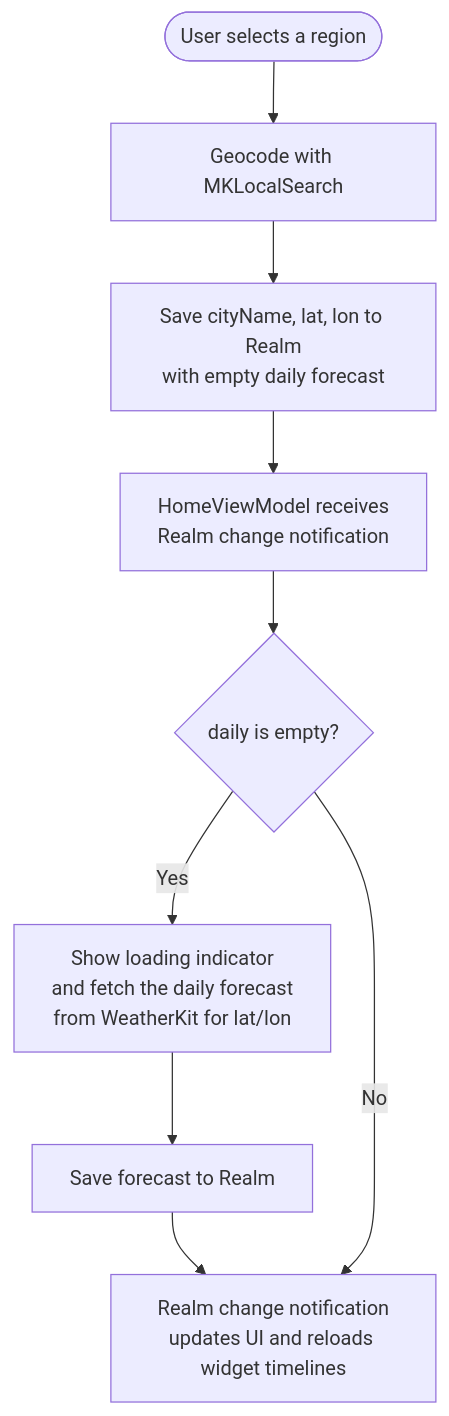
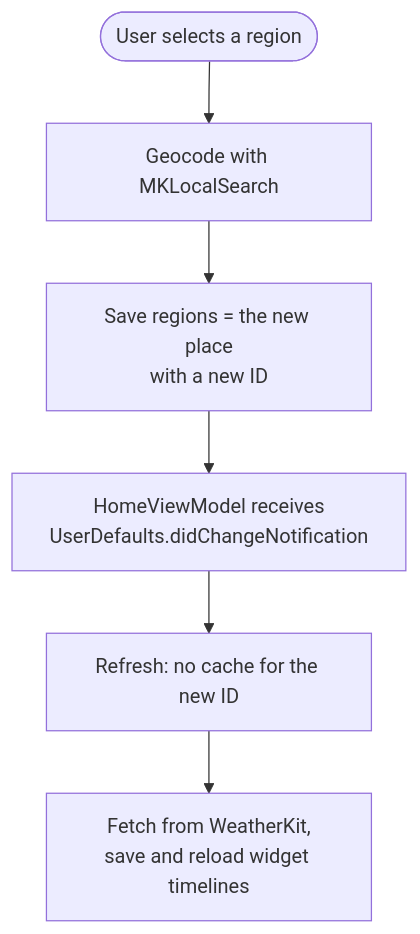
The second of 3 diagrams in docs/architecture/weather-fetch-flow.md (naipaka/NextSunnyDay-iOS), drawn with Mermaid before and after one commit. The commit also changed other lines of this file and 4 other files, not shown here.

````diff
--- a/docs/architecture/weather-fetch-flow.md
+++ b/docs/architecture/weather-fetch-flow.md
@@ -29,11 +40,8 @@
 ```mermaid
 flowchart TD
     A([User selects a region]) --> B[Geocode with MKLocalSearch]
-    B --> C[Save cityName, lat, lon to Realm<br/>with empty daily forecast]
-    C --> D[HomeViewModel receives<br/>Realm change notification]
-    D --> E{daily is empty?}
-    E -- Yes --> F[Show loading indicator<br/>and fetch the daily forecast<br/>from WeatherKit for lat/lon]
-    F --> G[Save forecast to Realm]
-    G --> H[Realm change notification<br/>updates UI and reloads widget timelines]
-    E -- No --> H
+    B --> C[Save regions = the new place<br/>with a new ID]
+    C --> D[HomeViewModel receives<br/>UserDefaults.didChangeNotification]
+    D --> E[Refresh: no cache for the new ID]
+    E --> F[Fetch from WeatherKit,<br/>save and reload widget timelines]
 ```
````
